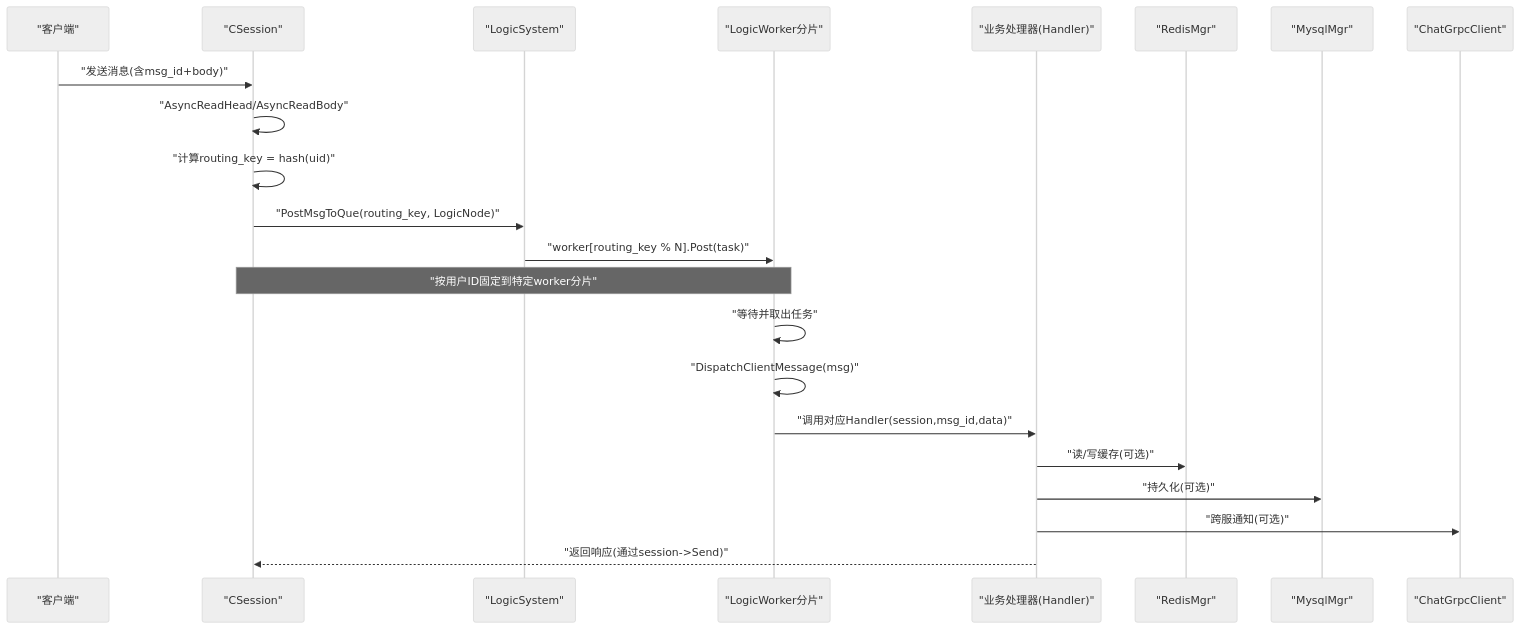
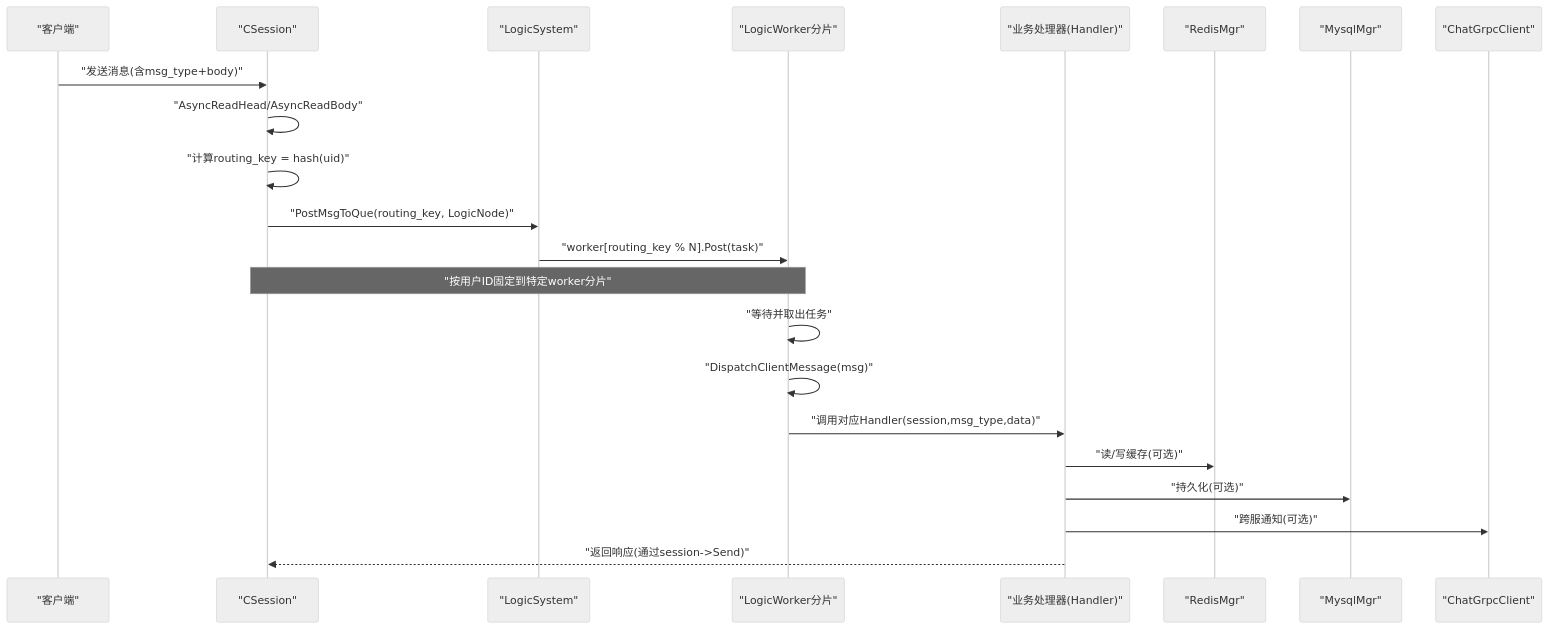
The second of 7 diagrams in .qoder/repowiki/zh/content/服务端开发/ChatServer聊天核心服务/业务逻辑系统/消息路由系统.md (echo9923/mychatter), drawn with Mermaid (neutral theme) before and after one commit. The commit also changed other lines of this file and 128 other files, not shown here.

First line of the commit message:
refactor(protocol): TCP 帧头消息类型 msg_id 全局改名为 msg_type

````diff
--- a/.qoder/repowiki/zh/content/服务端开发/ChatServer聊天核心服务/业务逻辑系统/消息路由系统.md
+++ b/.qoder/repowiki/zh/content/服务端开发/ChatServer聊天核心服务/业务逻辑系统/消息路由系统.md
@@ -114,24 +114,24 @@
 ```mermaid
 sequenceDiagram
 participant Client as "客户端"
 participant Session as "CSession"
 participant LS as "LogicSystem"
 participant Worker as "LogicWorker分片"
 participant Handler as "业务处理器(Handler)"
 participant Redis as "RedisMgr"
 participant DB as "MysqlMgr"
 participant GRPC as "ChatGrpcClient"
-Client->>Session : "发送消息(含msg_id+body)"
+Client->>Session : "发送消息(含msg_type+body)"
 Session->>Session : "AsyncReadHead/AsyncReadBody"
 Session->>Session : "计算routing_key = hash(uid)"
 Session->>LS : "PostMsgToQue(routing_key, LogicNode)"
 LS->>Worker : "worker[routing_key % N].Post(task)"
 Note over Session,Worker : "按用户ID固定到特定worker分片"
 Worker->>Worker : "等待并取出任务"
 Worker->>Worker : "DispatchClientMessage(msg)"
-Worker->>Handler : "调用对应Handler(session,msg_id,data)"
+Worker->>Handler : "调用对应Handler(session,msg_type,data)"
 Handler->>Redis : "读/写缓存(可选)"
 Handler->>DB : "持久化(可选)"
 Handler->>GRPC : "跨服通知(可选)"
 Handler-->>Session : "返回响应(通过session->Send)"
 ```
````
